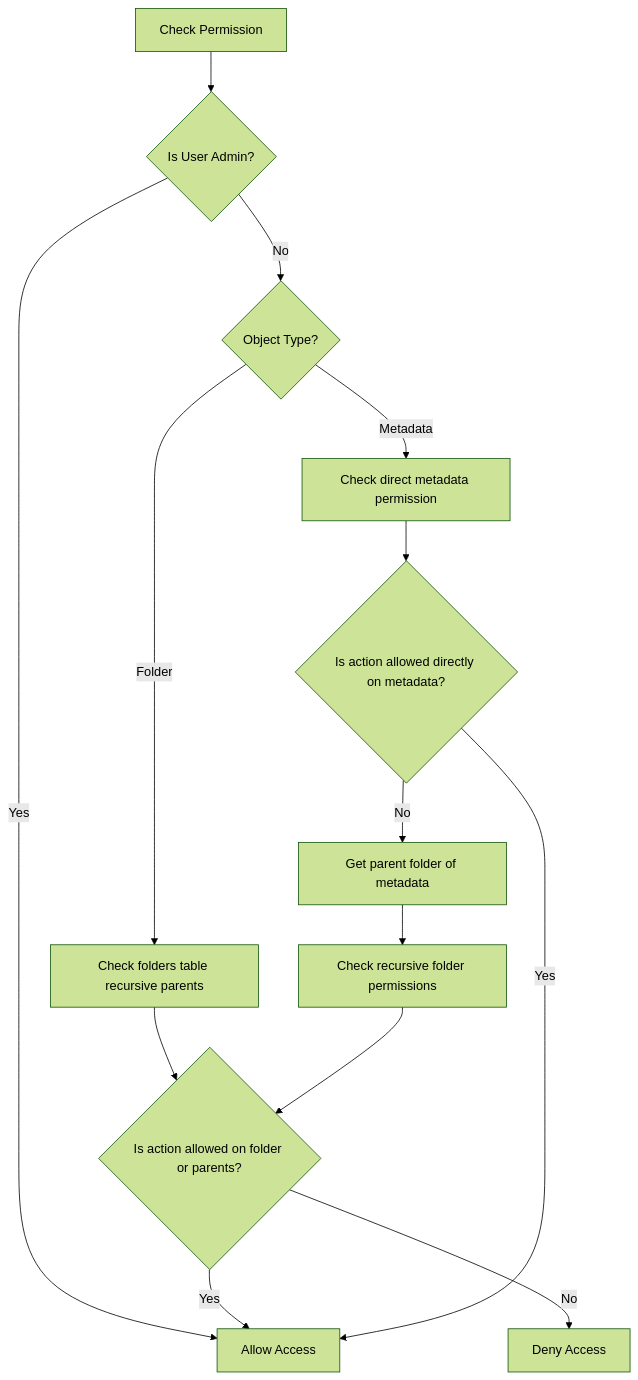
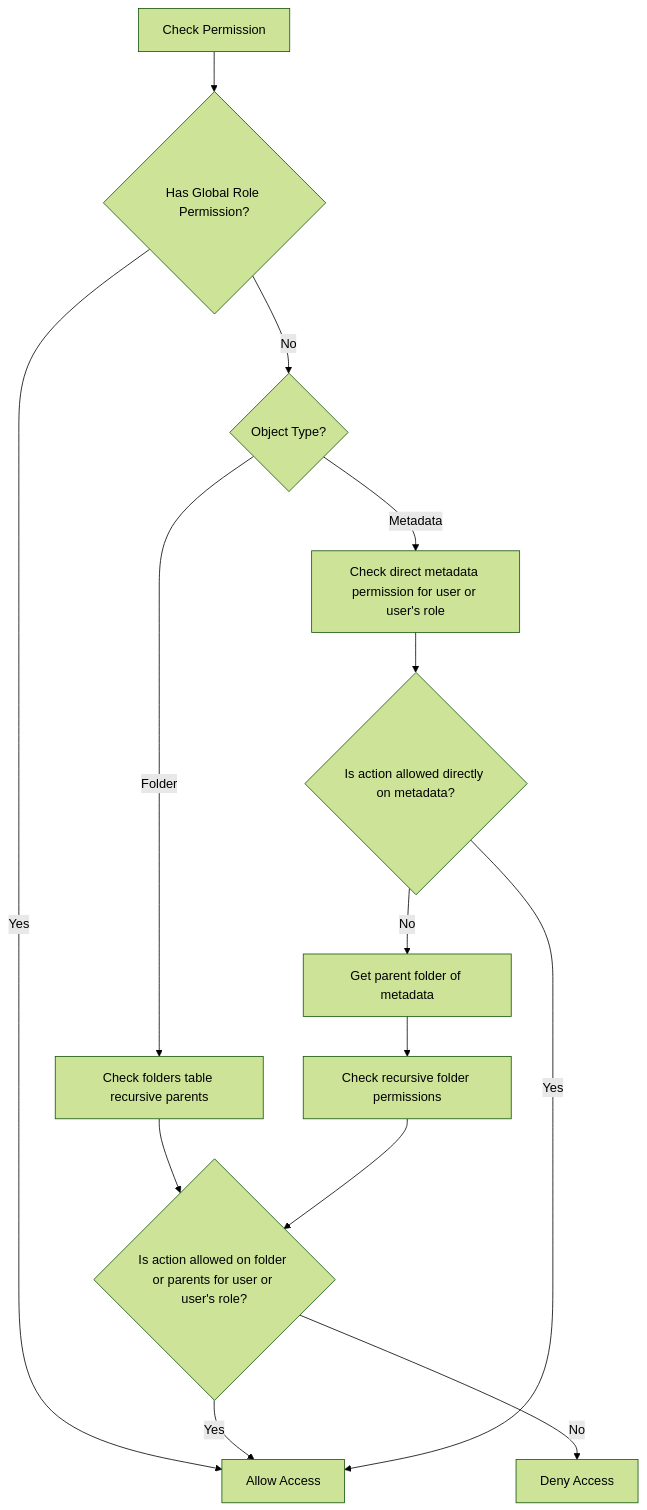
The diagram in docs/permission-design.md (thang-seta/seta-dam-backend), drawn with Mermaid (forest theme) before and after one commit. The commit also changed other lines of this file and 18 other files, not shown here.

Commit message:
adjust project to adapt the new database schema

````diff
--- a/docs/permission-design.md
+++ b/docs/permission-design.md
@@ -22,18 +26,18 @@
 ```mermaid
 flowchart TD
-    Start[Check Permission] --> IsAdmin{Is User Admin?}
-    IsAdmin -->|Yes| Allow[Allow Access]
-    IsAdmin -->|No| CheckType{Object Type?}
+    Start[Check Permission] --> CheckGlobal{Has Global Role Permission?}
+    CheckGlobal -->|Yes| Allow[Allow Access]
+    CheckGlobal -->|No| CheckType{Object Type?}
     
     CheckType -->|Folder| FolderEval[Check folders table recursive parents]
-    FolderEval --> HasFolderPerm{Is action allowed on folder or parents?}
+    FolderEval --> HasFolderPerm{Is action allowed on folder or parents for user or user's role?}
     HasFolderPerm -->|Yes| Allow
     HasFolderPerm -->|No| Deny[Deny Access]
     
-    CheckType -->|Metadata| MetaEval[Check direct metadata permission]
+    CheckType -->|Metadata| MetaEval[Check direct metadata permission for user or user's role]
     MetaEval --> HasMetaPerm{Is action allowed directly on metadata?}
     HasMetaPerm -->|Yes| Allow
     HasMetaPerm -->|No| MetaParentEval[Get parent folder of metadata]
     MetaParentEval --> CheckFolderPerm[Check recursive folder permissions]
     CheckFolderPerm --> HasFolderPerm
 ```
````
